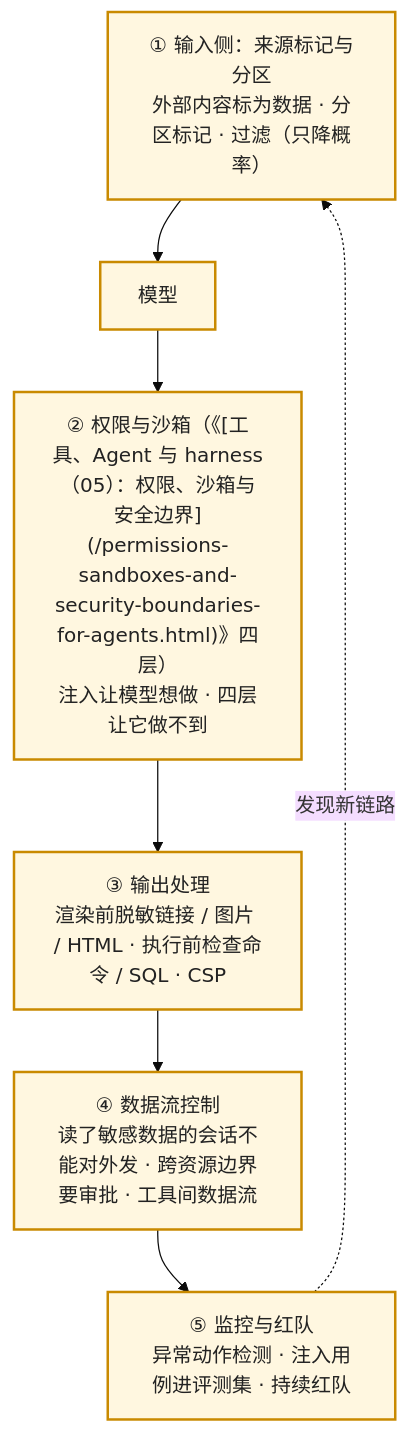
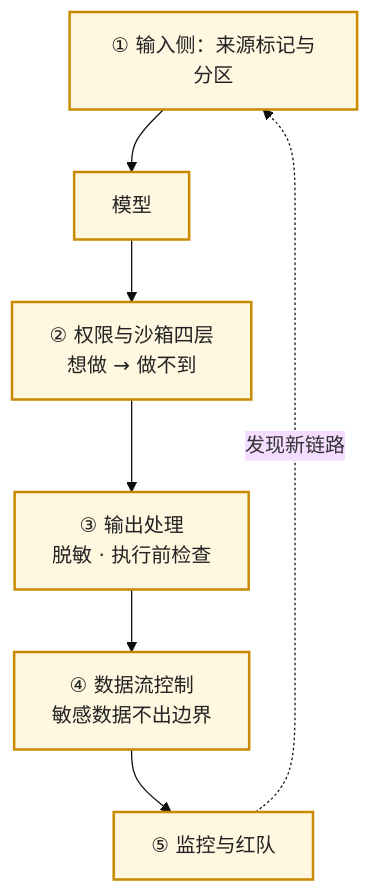
Before and after one commit to arganzheng/arganzheng.github.com: the fourth of 7 diagrams in slides/2026-11-14-production-and-operations.md, drawn with Mermaid (base theme). The commit also changed other lines of this file, not shown here.

Commit message:
slides/production-and-operations: cut/shorten mermaid diagrams below 14px rendered text (check-render smalltext/overlap)

````diff
--- a/slides/2026-11-14-production-and-operations.md
+++ b/slides/2026-11-14-production-and-operations.md
@@ -144,13 +144,13 @@
 ```mermaid
 %%{init: {"flowchart": {"wrappingWidth": 170}}}%%
 flowchart TB
-    IN["① 输入侧：来源标记与分区<br/>外部内容标为数据 · 分区标记 · 过滤（只降概率）"] --> M["模型"]
-    M --> P["② 权限与沙箱（《[工具、Agent 与 harness（05）：权限、沙箱与安全边界](/permissions-sandboxes-and-security-boundaries-for-agents.html)》四层）<br/>注入让模型想做 · 四层让它做不到"]
-    P --> O["③ 输出处理<br/>渲染前脱敏链接 / 图片 / HTML · 执行前检查命令 / SQL · CSP"]
-    O --> D["④ 数据流控制<br/>读了敏感数据的会话不能对外发 · 跨资源边界要审批 · 工具间数据流"]
-    D --> R["⑤ 监控与红队<br/>异常动作检测 · 注入用例进评测集 · 持续红队"]
+    IN["① 输入侧：来源标记与分区"] --> M["模型"]
+    M --> P["② 权限与沙箱四层<br/>想做 → 做不到"]
+    P --> O["③ 输出处理<br/>脱敏 · 执行前检查"]
+    O --> D["④ 数据流控制<br/>敏感数据不出边界"]
+    D --> R["⑤ 监控与红队"]
     R -.->|"发现新链路"| IN
 
     classDef step fill:#fff7e0,stroke:#c98a00,stroke-width:2px,color:#222
     class IN,M,P,O,D,R step
 ```
````
